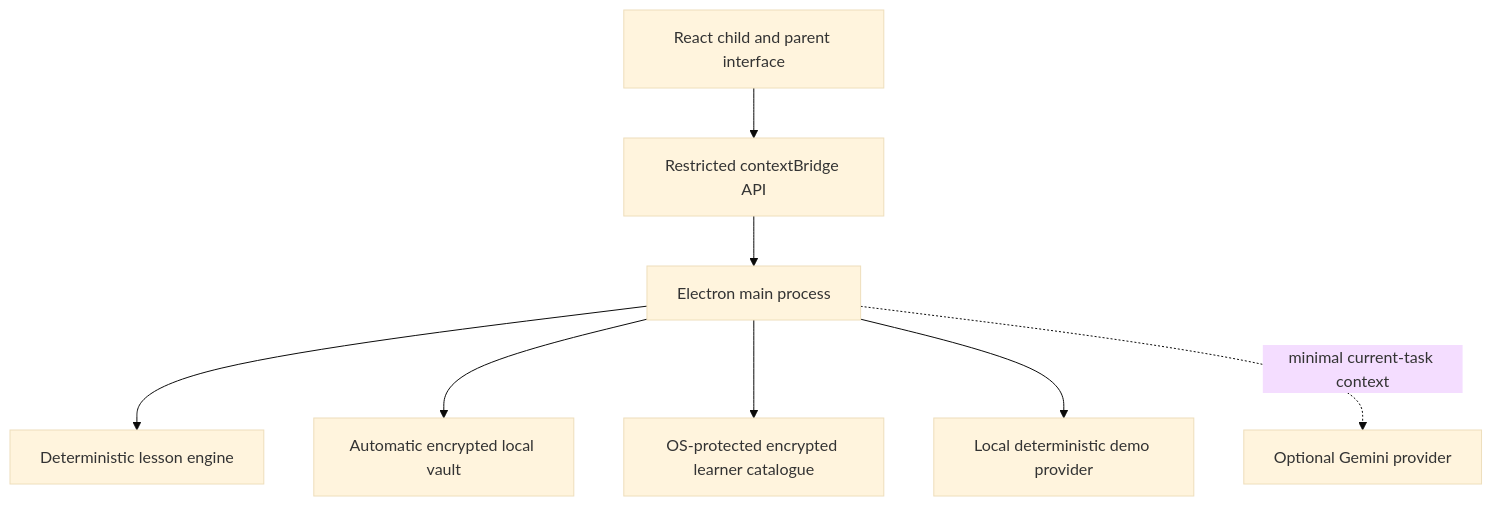
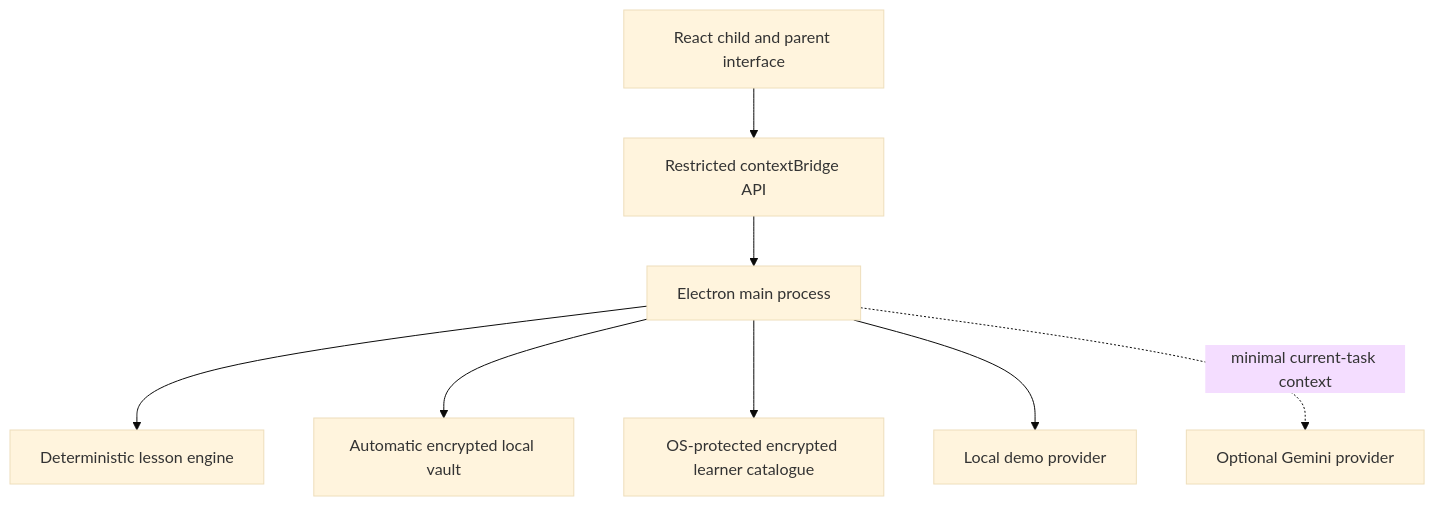
Before and after one commit to inbharatai/mindcarry: the second of 2 diagrams in README.md, drawn with Mermaid (base theme). The commit also changed other lines of this file, not shown here.

````diff
--- a/README.md
+++ b/README.md
@@ -195,19 +179,19 @@
 ```mermaid
 flowchart TB
     UI[React child and parent interface]
     BRIDGE[Restricted contextBridge API]
     MAIN[Electron main process]
     ENGINE[Deterministic lesson engine]
     VAULT[Automatic encrypted local vault]
     CATALOG[OS-protected encrypted learner catalogue]
-    DEMO[Local deterministic demo provider]
+    DEMO[Local demo provider]
     GEMINI[Optional Gemini provider]
 
     UI --> BRIDGE
     BRIDGE --> MAIN
     MAIN --> ENGINE
     MAIN --> VAULT
     MAIN --> CATALOG
     MAIN --> DEMO
     MAIN -. minimal current-task context .-> GEMINI
 ```
````
